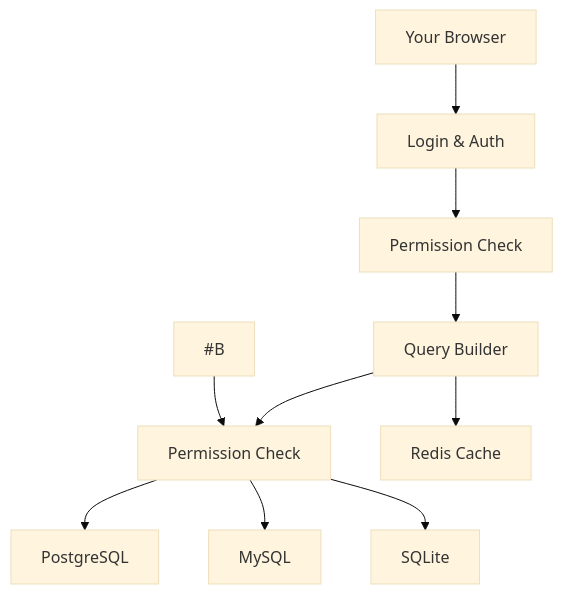
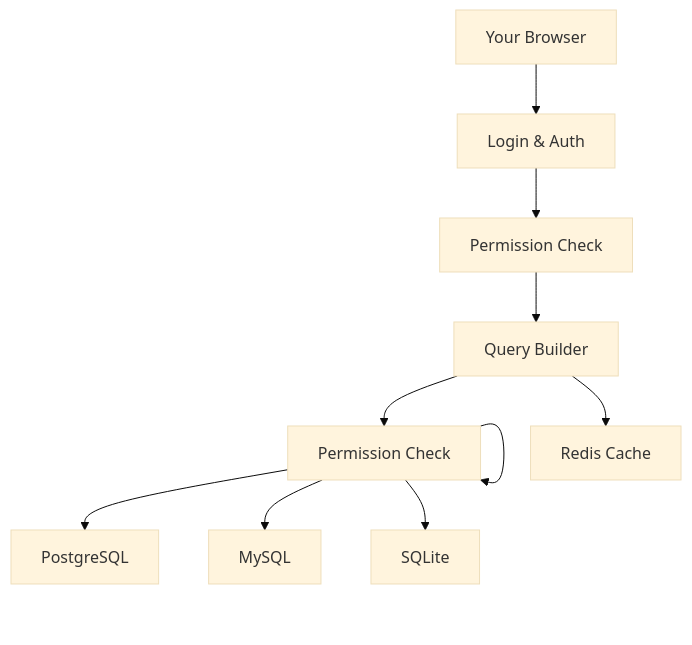
The diagram in README.md (Ayanleaideed/Natural-Language-to-SQL), drawn with Mermaid (base theme) before and after one commit.

````diff
--- a/README.md
+++ b/README.md
@@ -45,12 +45,12 @@
 ```mermaid
 graph TD
     A[Your Browser] --> B[Login & Auth]
     B --> C[Permission Check]
     C --> D[Query Builder]
     D --> E[Database Connector]
-    #B --> E[Permission Check]
+    E --> E[Permission Check]
     E --> F1[PostgreSQL]
     E --> F2[MySQL]
     E --> F3[SQLite]
     D --> G[Redis Cache]
 ```
````
